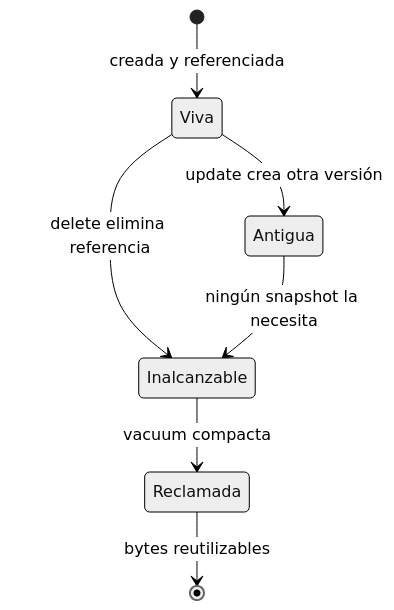
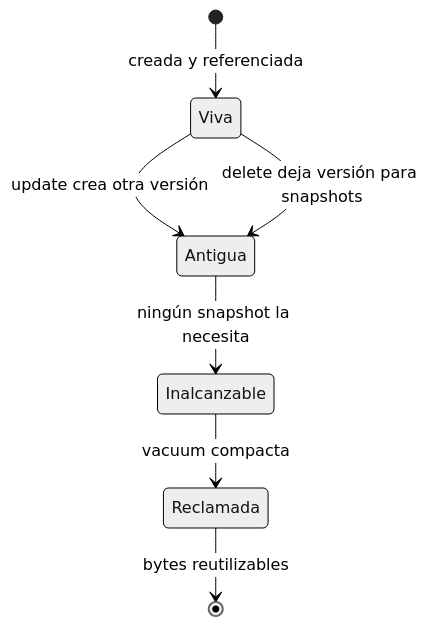
One commit to kalech7/notes changed the diagram in Obsidian/lecturas/database internals/04 Implementación de B-Trees/05 Compresión vacuum y freelist.md. Above: the diagram before and after it, drawn with Mermaid (neutral theme). The commit also changed other lines of this file and 125 other files, not shown here.

Commit message:
fix(pregrado): interconecta notas huerfanas, crea MOCs faltantes, corrige diagramas y resuelve referencias rotas

````diff
--- a/Obsidian/lecturas/database internals/04 Implementación de B-Trees/05 Compresión vacuum y freelist.md
+++ b/Obsidian/lecturas/database internals/04 Implementación de B-Trees/05 Compresión vacuum y freelist.md
@@ -57,9 +57,9 @@
 ```mermaid
 stateDiagram-v2
  [*] --> Viva: creada y referenciada
  Viva --> Antigua: update crea otra versión
- Viva --> Inalcanzable: delete elimina referencia
+ Viva --> Antigua: delete deja versión para snapshots
  Antigua --> Inalcanzable: ningún snapshot la necesita
  Inalcanzable --> Reclamada: vacuum compacta
  Reclamada --> [*]: bytes reutilizables
 ```
````
